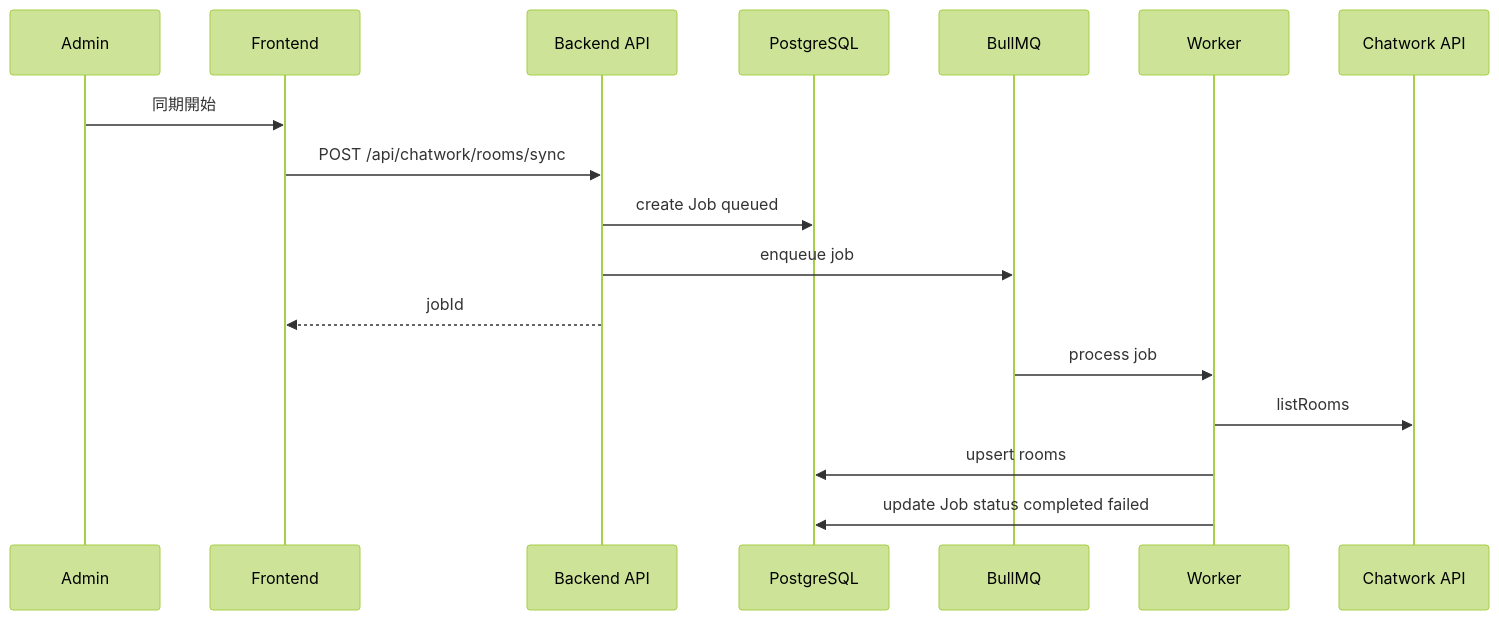
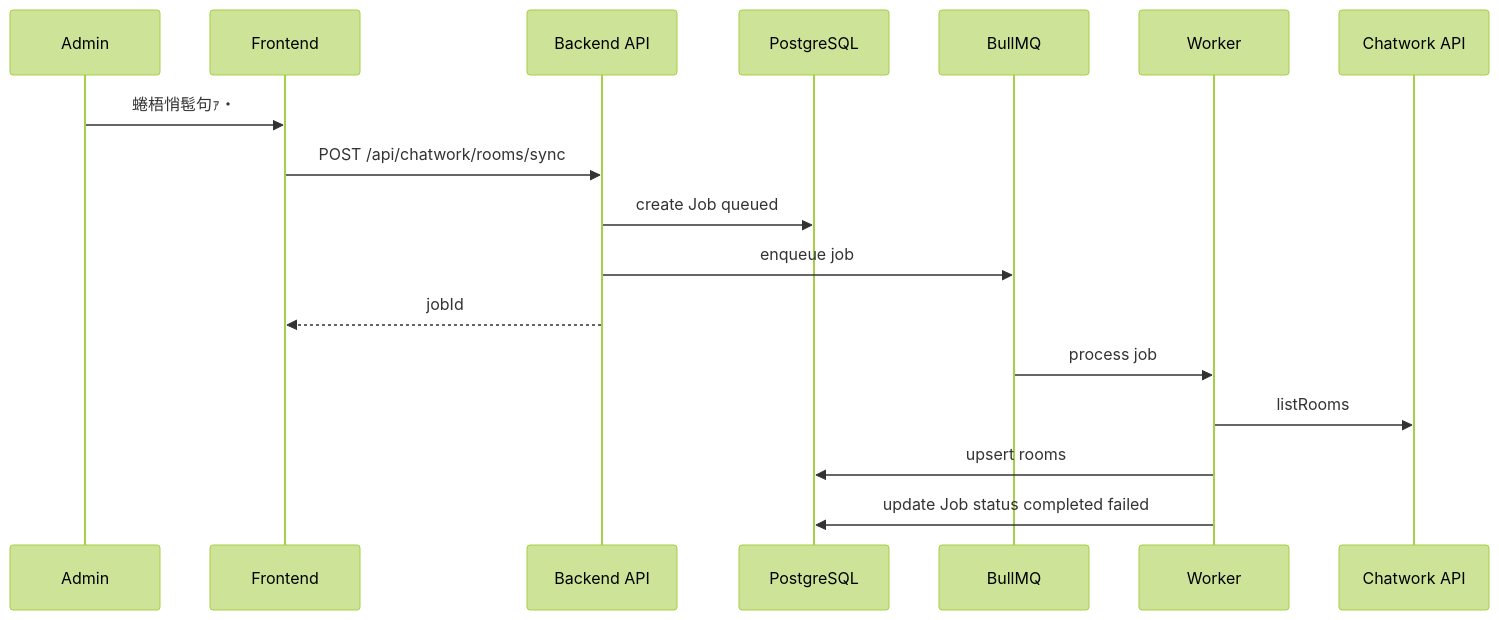
Diagram 16 of 43 in Docs/diagrams/all.md (yuma2004/CWLLM), drawn with Mermaid (forest theme) before and after one commit. The commit also changed other lines of this file and 116 other files, not shown here.

````diff
--- a/Docs/diagrams/all.md
+++ b/Docs/diagrams/all.md
@@ -373,20 +370,20 @@
 ```mermaid
 sequenceDiagram
   participant Admin as Admin
   participant FE as Frontend
   participant API as Backend API
   participant DB as PostgreSQL
   participant Q as BullMQ
   participant W as Worker
   participant CW as Chatwork API
 
-  Admin->>FE: 同期開始
+  Admin->>FE: 蜷梧悄髢句ｧ・
   FE->>API: POST /api/chatwork/rooms/sync
   API->>DB: create Job queued
   API->>Q: enqueue job
   API-->>FE: jobId
   Q->>W: process job
   W->>CW: listRooms
   W->>DB: upsert rooms
   W->>DB: update Job status completed failed
 ```
````
